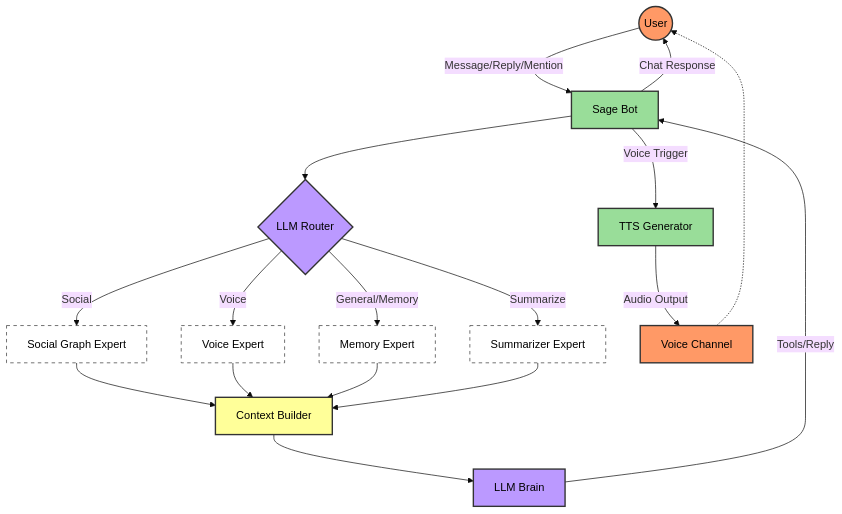
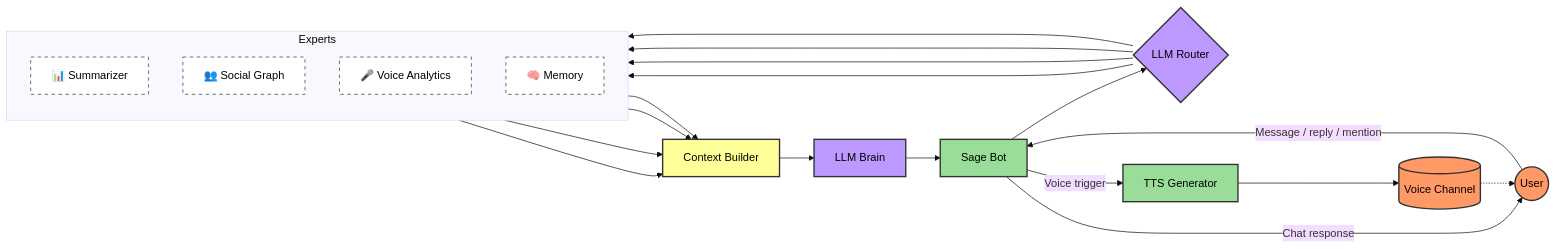
The diagram in README.md (BokX1/Sage), drawn with Mermaid (base theme) before and after one commit. The commit also changed other lines of this file and 16 other files, not shown here.

````diff
--- a/README.md
+++ b/README.md
@@ -41,30 +54,36 @@
 ```mermaid
-graph TD
-    %% Styling
+flowchart LR
+    %% Keep the diagram left-to-right to reduce vertical scroll on GitHub.
     classDef user fill:#f96,stroke:#333,stroke-width:2px,color:black
     classDef bot fill:#9d9,stroke:#333,stroke-width:2px,color:black
     classDef router fill:#b9f,stroke:#333,stroke-width:2px,color:black
     classDef expert fill:#fff,stroke:#333,stroke-width:1px,stroke-dasharray: 5 5,color:black
     classDef context fill:#ff9,stroke:#333,stroke-width:2px,color:black
 
-    User((User)):::user -- "Message/Reply/Mention" --> Sage[Sage Bot]:::bot
-    Sage --> Router{LLM Router}:::router
-    
-    Router -- "Summarize" --> Summarizer[Summarizer Expert]:::expert
-    Router -- "Social" --> Social[Social Graph Expert]:::expert
-    Router -- "Voice" --> Voice[Voice Expert]:::expert
-    Router -- "General/Memory" --> Memory[Memory Expert]:::expert
-    
-    Social --> Context[Context Builder]:::context
-    Voice --> Context
-    Memory --> Context
-    Summarizer --> Context
-    
-    Context --> LLM[LLM Brain]:::router
-    LLM -- "Tools/Reply" --> Sage
-    
-    Sage -- "Chat Response" --> User
-    Sage -- "Voice Trigger" --> TTS[TTS Generator]:::bot
-    TTS -- "Audio Output" --> VC[Voice Channel]:::user
-    VC -.-> User
+    U((User)):::user -->|"Message / reply / mention"| B[Sage Bot]:::bot
+    B --> R{LLM Router}:::router
+
+    subgraph Experts
+        direction TB
+        S[📊 Summarizer]:::expert
+        G[👥 Social Graph]:::expert
+        V[🎤 Voice Analytics]:::expert
+        M[🧠 Memory]:::expert
+    end
+
+    R --> S
+    R --> G
+    R --> V
+    R --> M
+
+    S --> C[Context Builder]:::context
+    G --> C
+    V --> C
+    M --> C
+
+    C --> L[LLM Brain]:::router --> B
+    B -->|"Chat response"| U
+
+    B -->|"Voice trigger"| T[TTS Generator]:::bot --> VC[(Voice Channel)]:::user
+    VC -.-> U
 ```
````
